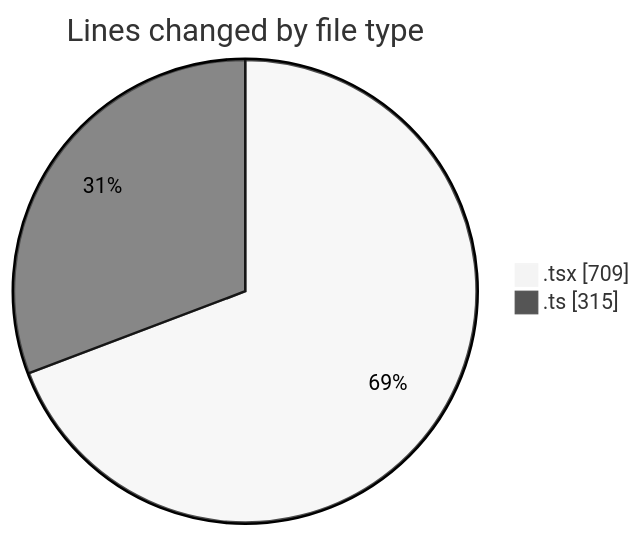
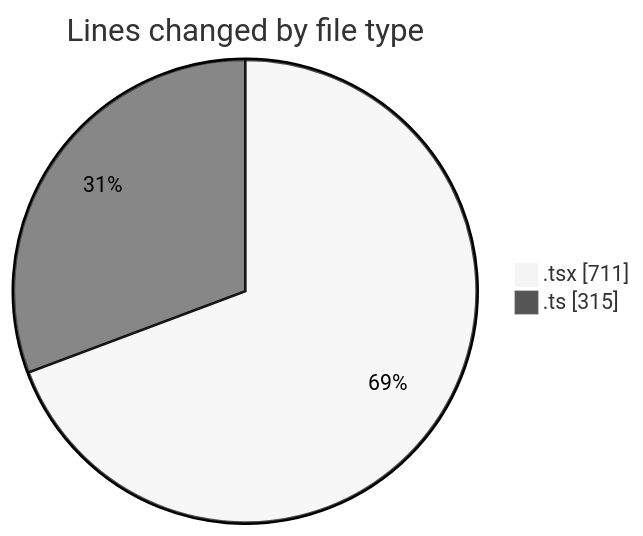
The first of 2 diagrams in 2026-02-13/nxtqube_webapp/README.md (nxtqubesakshisongat/code-tracking), drawn with Mermaid (neutral theme) before and after one commit. The commit also changed other lines of this file and 1 other file, not shown here.

````diff
--- a/2026-02-13/nxtqube_webapp/README.md
+++ b/2026-02-13/nxtqube_webapp/README.md
@@ -21,6 +21,6 @@
 ```mermaid
 pie showData
 title Lines changed by file type
-".tsx" : 709
+".tsx" : 711
 ".ts" : 315
 ```
````
